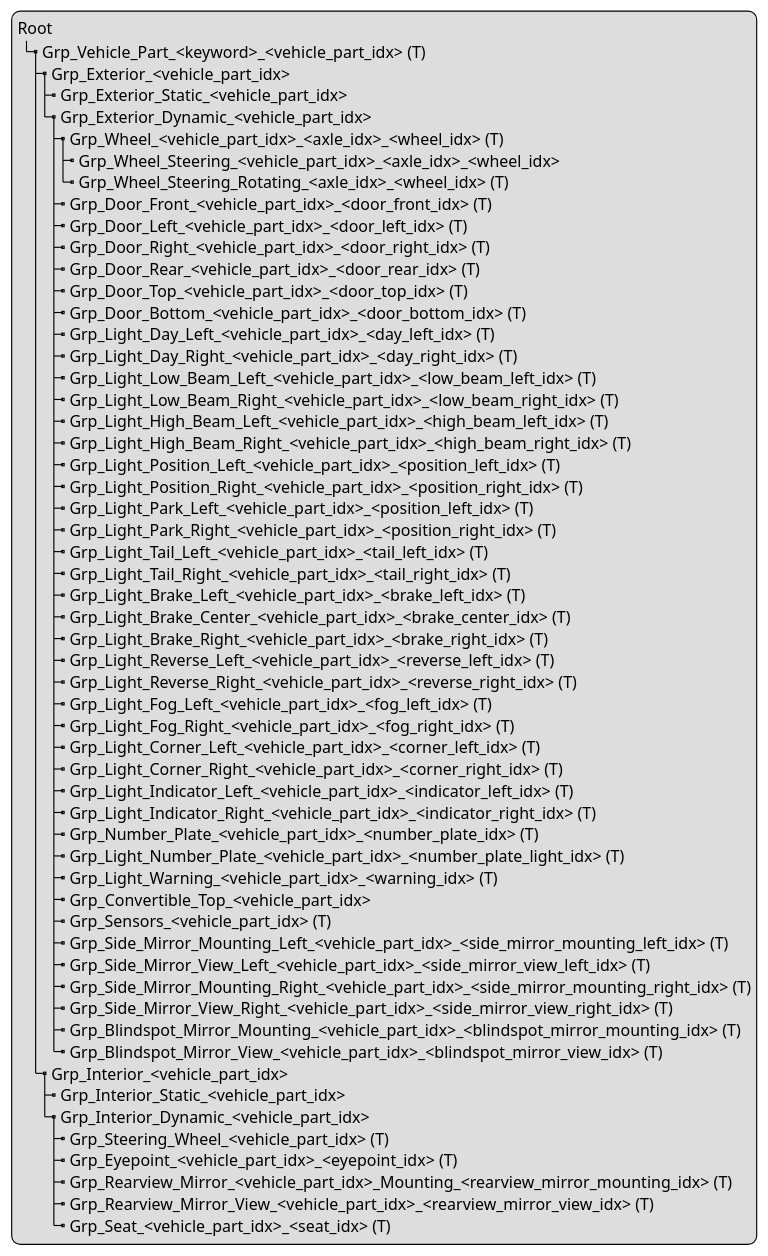
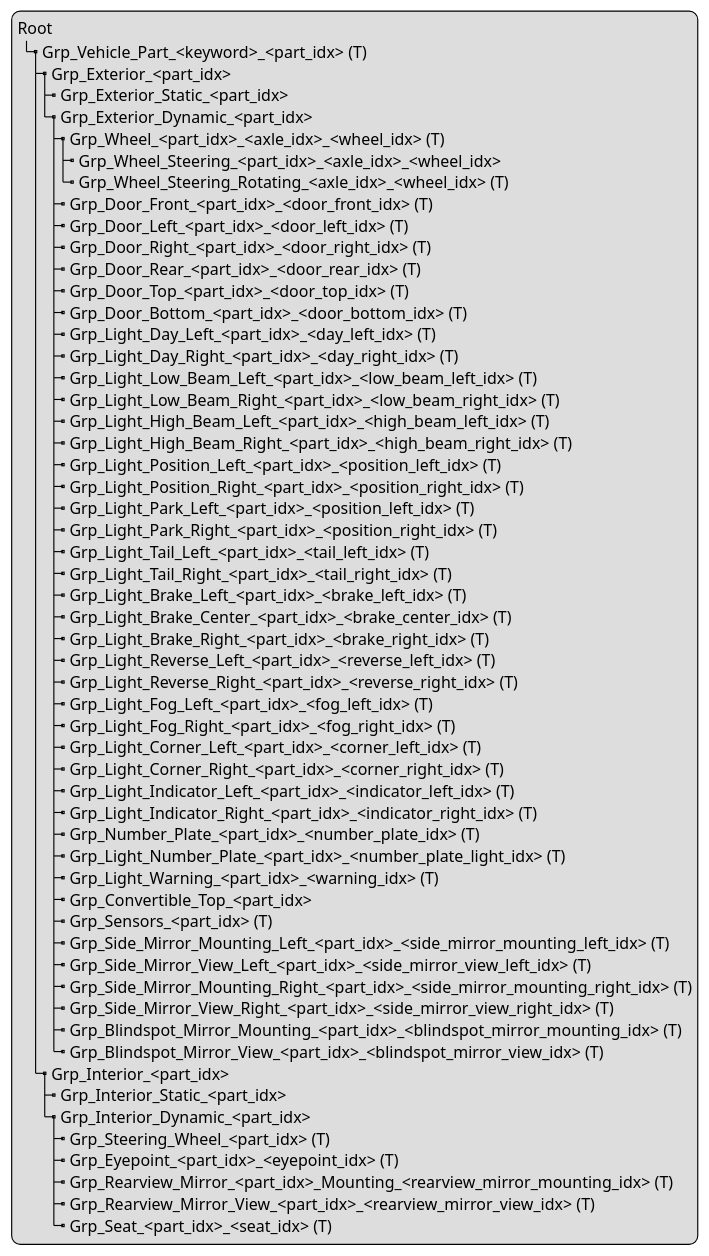
Before and after one commit to asam-ev/OpenMATERIAL: the diagram in content/geometry/object-vehicle/vehicle-structure-model-structure.adoc, drawn with PlantUML. The commit also changed other lines of this file, not shown here.

Commit message:
Cleanup wheel and door definitions

```diff
--- a/content/geometry/object-vehicle/vehicle-structure-model-structure.adoc
+++ b/content/geometry/object-vehicle/vehicle-structure-model-structure.adoc
@@ -5,61 +5,61 @@
 [plantuml]
 ----
 legend
 Root
-|_ Grp_Vehicle_Part_<keyword>_<vehicle_part_idx> (T)
-  |_ Grp_Exterior_<vehicle_part_idx>
-    |_ Grp_Exterior_Static_<vehicle_part_idx>
-    |_ Grp_Exterior_Dynamic_<vehicle_part_idx>
-      |_ Grp_Wheel_<vehicle_part_idx>_<axle_idx>_<wheel_idx> (T)
-        |_ Grp_Wheel_Steering_<vehicle_part_idx>_<axle_idx>_<wheel_idx>
+|_ Grp_Vehicle_Part_<keyword>_<part_idx> (T)
+  |_ Grp_Exterior_<part_idx>
+    |_ Grp_Exterior_Static_<part_idx>
+    |_ Grp_Exterior_Dynamic_<part_idx>
+      |_ Grp_Wheel_<part_idx>_<axle_idx>_<wheel_idx> (T)
+        |_ Grp_Wheel_Steering_<part_idx>_<axle_idx>_<wheel_idx>
         |_ Grp_Wheel_Steering_Rotating_<axle_idx>_<wheel_idx> (T)
-      |_ Grp_Door_Front_<vehicle_part_idx>_<door_front_idx> (T)
-      |_ Grp_Door_Left_<vehicle_part_idx>_<door_left_idx> (T)
-      |_ Grp_Door_Right_<vehicle_part_idx>_<door_right_idx> (T)
-      |_ Grp_Door_Rear_<vehicle_part_idx>_<door_rear_idx> (T)
-      |_ Grp_Door_Top_<vehicle_part_idx>_<door_top_idx> (T)
-      |_ Grp_Door_Bottom_<vehicle_part_idx>_<door_bottom_idx> (T)
-      |_ Grp_Light_Day_Left_<vehicle_part_idx>_<day_left_idx> (T)
-      |_ Grp_Light_Day_Right_<vehicle_part_idx>_<day_right_idx> (T)
-      |_ Grp_Light_Low_Beam_Left_<vehicle_part_idx>_<low_beam_left_idx> (T)
-      |_ Grp_Light_Low_Beam_Right_<vehicle_part_idx>_<low_beam_right_idx> (T)
-      |_ Grp_Light_High_Beam_Left_<vehicle_part_idx>_<high_beam_left_idx> (T)
-      |_ Grp_Light_High_Beam_Right_<vehicle_part_idx>_<high_beam_right_idx> (T)
-      |_ Grp_Light_Position_Left_<vehicle_part_idx>_<position_left_idx> (T)
-      |_ Grp_Light_Position_Right_<vehicle_part_idx>_<position_right_idx> (T)
-      |_ Grp_Light_Park_Left_<vehicle_part_idx>_<position_left_idx> (T)
-      |_ Grp_Light_Park_Right_<vehicle_part_idx>_<position_right_idx> (T)
-      |_ Grp_Light_Tail_Left_<vehicle_part_idx>_<tail_left_idx> (T)
-      |_ Grp_Light_Tail_Right_<vehicle_part_idx>_<tail_right_idx> (T)
-      |_ Grp_Light_Brake_Left_<vehicle_part_idx>_<brake_left_idx> (T)
-      |_ Grp_Light_Brake_Center_<vehicle_part_idx>_<brake_center_idx> (T)
-      |_ Grp_Light_Brake_Right_<vehicle_part_idx>_<brake_right_idx> (T)
-      |_ Grp_Light_Reverse_Left_<vehicle_part_idx>_<reverse_left_idx> (T)
-      |_ Grp_Light_Reverse_Right_<vehicle_part_idx>_<reverse_right_idx> (T)
-      |_ Grp_Light_Fog_Left_<vehicle_part_idx>_<fog_left_idx> (T)
-      |_ Grp_Light_Fog_Right_<vehicle_part_idx>_<fog_right_idx> (T)
-      |_ Grp_Light_Corner_Left_<vehicle_part_idx>_<corner_left_idx> (T)
-      |_ Grp_Light_Corner_Right_<vehicle_part_idx>_<corner_right_idx> (T)
-      |_ Grp_Light_Indicator_Left_<vehicle_part_idx>_<indicator_left_idx> (T)
-      |_ Grp_Light_Indicator_Right_<vehicle_part_idx>_<indicator_right_idx> (T)
-      |_ Grp_Number_Plate_<vehicle_part_idx>_<number_plate_idx> (T)
-      |_ Grp_Light_Number_Plate_<vehicle_part_idx>_<number_plate_light_idx> (T)
-      |_ Grp_Light_Warning_<vehicle_part_idx>_<warning_idx> (T)
-      |_ Grp_Convertible_Top_<vehicle_part_idx>
-      |_ Grp_Sensors_<vehicle_part_idx> (T)
-      |_ Grp_Side_Mirror_Mounting_Left_<vehicle_part_idx>_<side_mirror_mounting_left_idx> (T)
-      |_ Grp_Side_Mirror_View_Left_<vehicle_part_idx>_<side_mirror_view_left_idx> (T)
-      |_ Grp_Side_Mirror_Mounting_Right_<vehicle_part_idx>_<side_mirror_mounting_right_idx> (T)
-      |_ Grp_Side_Mirror_View_Right_<vehicle_part_idx>_<side_mirror_view_right_idx> (T)
-      |_ Grp_Blindspot_Mirror_Mounting_<vehicle_part_idx>_<blindspot_mirror_mounting_idx> (T)
-      |_ Grp_Blindspot_Mirror_View_<vehicle_part_idx>_<blindspot_mirror_view_idx> (T)
-  |_ Grp_Interior_<vehicle_part_idx>
-    |_ Grp_Interior_Static_<vehicle_part_idx>
-    |_ Grp_Interior_Dynamic_<vehicle_part_idx>
-      |_ Grp_Steering_Wheel_<vehicle_part_idx> (T)
-      |_ Grp_Eyepoint_<vehicle_part_idx>_<eyepoint_idx> (T)
-      |_ Grp_Rearview_Mirror_<vehicle_part_idx>_Mounting_<rearview_mirror_mounting_idx> (T)
-      |_ Grp_Rearview_Mirror_View_<vehicle_part_idx>_<rearview_mirror_view_idx> (T)
-      |_ Grp_Seat_<vehicle_part_idx>_<seat_idx> (T)
+      |_ Grp_Door_Front_<part_idx>_<door_front_idx> (T)
+      |_ Grp_Door_Left_<part_idx>_<door_left_idx> (T)
+      |_ Grp_Door_Right_<part_idx>_<door_right_idx> (T)
+      |_ Grp_Door_Rear_<part_idx>_<door_rear_idx> (T)
+      |_ Grp_Door_Top_<part_idx>_<door_top_idx> (T)
+      |_ Grp_Door_Bottom_<part_idx>_<door_bottom_idx> (T)
+      |_ Grp_Light_Day_Left_<part_idx>_<day_left_idx> (T)
+      |_ Grp_Light_Day_Right_<part_idx>_<day_right_idx> (T)
+      |_ Grp_Light_Low_Beam_Left_<part_idx>_<low_beam_left_idx> (T)
+      |_ Grp_Light_Low_Beam_Right_<part_idx>_<low_beam_right_idx> (T)
+      |_ Grp_Light_High_Beam_Left_<part_idx>_<high_beam_left_idx> (T)
+      |_ Grp_Light_High_Beam_Right_<part_idx>_<high_beam_right_idx> (T)
+      |_ Grp_Light_Position_Left_<part_idx>_<position_left_idx> (T)
+      |_ Grp_Light_Position_Right_<part_idx>_<position_right_idx> (T)
+      |_ Grp_Light_Park_Left_<part_idx>_<position_left_idx> (T)
+      |_ Grp_Light_Park_Right_<part_idx>_<position_right_idx> (T)
+      |_ Grp_Light_Tail_Left_<part_idx>_<tail_left_idx> (T)
+      |_ Grp_Light_Tail_Right_<part_idx>_<tail_right_idx> (T)
+      |_ Grp_Light_Brake_Left_<part_idx>_<brake_left_idx> (T)
+      |_ Grp_Light_Brake_Center_<part_idx>_<brake_center_idx> (T)
+      |_ Grp_Light_Brake_Right_<part_idx>_<brake_right_idx> (T)
+      |_ Grp_Light_Reverse_Left_<part_idx>_<reverse_left_idx> (T)
+      |_ Grp_Light_Reverse_Right_<part_idx>_<reverse_right_idx> (T)
+      |_ Grp_Light_Fog_Left_<part_idx>_<fog_left_idx> (T)
+      |_ Grp_Light_Fog_Right_<part_idx>_<fog_right_idx> (T)
+      |_ Grp_Light_Corner_Left_<part_idx>_<corner_left_idx> (T)
+      |_ Grp_Light_Corner_Right_<part_idx>_<corner_right_idx> (T)
+      |_ Grp_Light_Indicator_Left_<part_idx>_<indicator_left_idx> (T)
+      |_ Grp_Light_Indicator_Right_<part_idx>_<indicator_right_idx> (T)
+      |_ Grp_Number_Plate_<part_idx>_<number_plate_idx> (T)
+      |_ Grp_Light_Number_Plate_<part_idx>_<number_plate_light_idx> (T)
+      |_ Grp_Light_Warning_<part_idx>_<warning_idx> (T)
+      |_ Grp_Convertible_Top_<part_idx>
+      |_ Grp_Sensors_<part_idx> (T)
+      |_ Grp_Side_Mirror_Mounting_Left_<part_idx>_<side_mirror_mounting_left_idx> (T)
+      |_ Grp_Side_Mirror_View_Left_<part_idx>_<side_mirror_view_left_idx> (T)
+      |_ Grp_Side_Mirror_Mounting_Right_<part_idx>_<side_mirror_mounting_right_idx> (T)
+      |_ Grp_Side_Mirror_View_Right_<part_idx>_<side_mirror_view_right_idx> (T)
+      |_ Grp_Blindspot_Mirror_Mounting_<part_idx>_<blindspot_mirror_mounting_idx> (T)
+      |_ Grp_Blindspot_Mirror_View_<part_idx>_<blindspot_mirror_view_idx> (T)
+  |_ Grp_Interior_<part_idx>
+    |_ Grp_Interior_Static_<part_idx>
+    |_ Grp_Interior_Dynamic_<part_idx>
+      |_ Grp_Steering_Wheel_<part_idx> (T)
+      |_ Grp_Eyepoint_<part_idx>_<eyepoint_idx> (T)
+      |_ Grp_Rearview_Mirror_<part_idx>_Mounting_<rearview_mirror_mounting_idx> (T)
+      |_ Grp_Rearview_Mirror_View_<part_idx>_<rearview_mirror_view_idx> (T)
+      |_ Grp_Seat_<part_idx>_<seat_idx> (T)
 end legend
 ----
```
